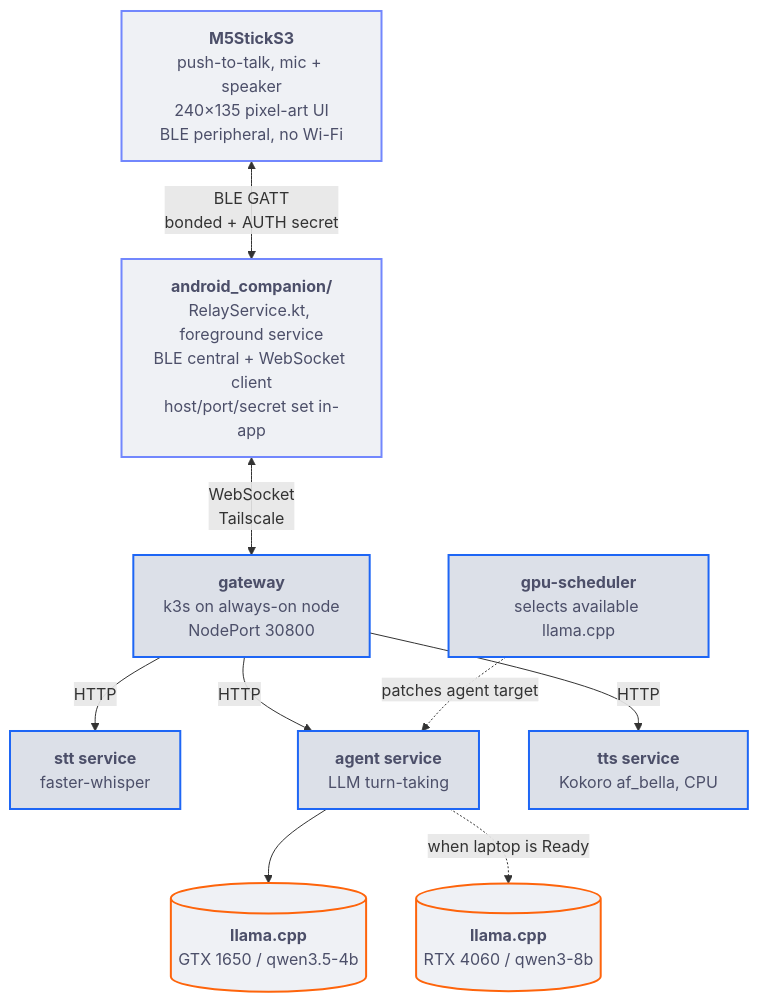
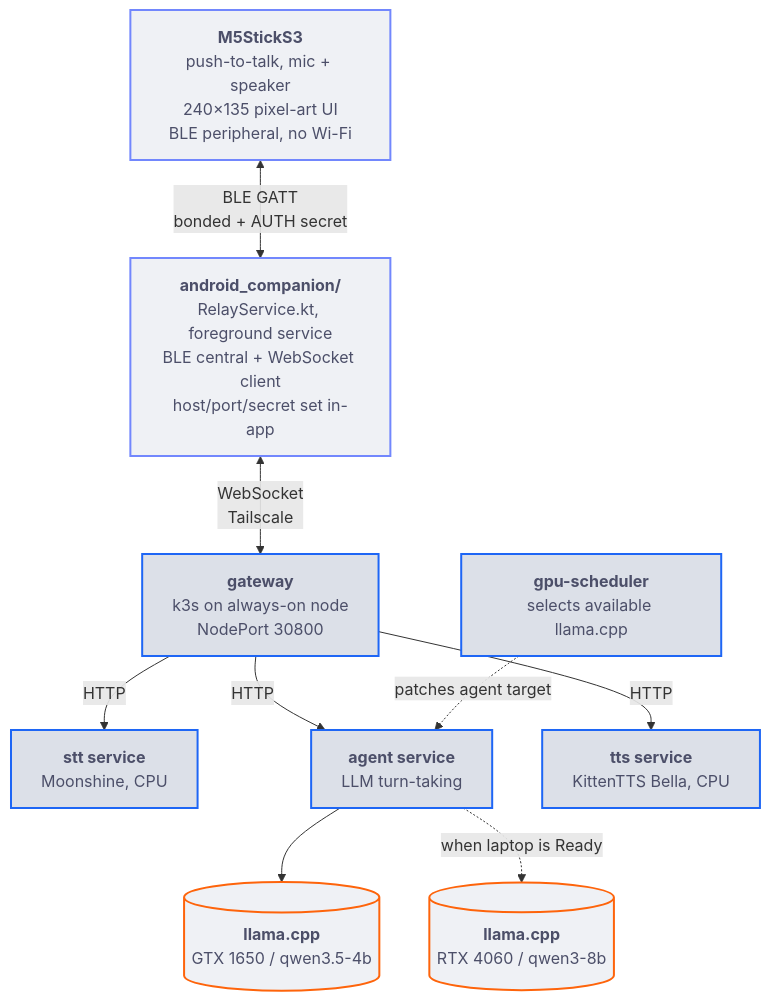
The first of 4 diagrams in README.md (adixg/ai-companion), drawn with Mermaid before and after one commit. The commit also changed other lines of this file and 8 other files, not shown here.

First line of the commit message:
Deploy moonshine + kitten; real device captures in the README

````diff
--- a/README.md
+++ b/README.md
@@ -64,28 +67,28 @@
 ```mermaid
 flowchart TB
     stick["<b>M5StickS3</b><br>push-to-talk, mic + speaker<br>240×135 pixel-art UI<br>BLE peripheral, no Wi-Fi"]
     relay["<b>android_companion/</b><br>RelayService.kt, foreground service<br>BLE central + WebSocket client<br>host/port/secret set in-app"]
     gateway["<b>gateway</b><br>k3s on always-on node<br>NodePort 30800"]
-    stt["<b>stt service</b><br>faster-whisper"]
+    stt["<b>stt service</b><br>Moonshine, CPU"]
     agent["<b>agent service</b><br>LLM turn-taking"]
-    tts["<b>tts service</b><br>Kokoro af_bella, CPU"]
+    tts["<b>tts service</b><br>KittenTTS Bella, CPU"]
     controller["<b>gpu-scheduler</b><br>selects available llama.cpp"]
     llama1650[("<b>llama.cpp</b><br>GTX 1650 / qwen3.5-4b")]
     llama4060[("<b>llama.cpp</b><br>RTX 4060 / qwen3-8b")]
 
     stick <-->|"BLE GATT<br>bonded + AUTH secret"| relay
     relay <-->|"WebSocket<br>Tailscale"| gateway
     gateway -->|HTTP| stt
     gateway -->|HTTP| agent
     gateway -->|HTTP| tts
     agent --> llama1650
     agent -. "when laptop is Ready" .-> llama4060
     controller -. "patches agent target" .-> agent
 
     classDef device fill:#eff1f5,stroke:#7287fd,stroke-width:2px,color:#4c4f69
     classDef service fill:#dce0e8,stroke:#1e66f5,stroke-width:2px,color:#4c4f69
     classDef worker fill:#eff1f5,stroke:#fe640b,stroke-width:2px,color:#4c4f69
     class stick,relay device
     class gateway,stt,agent,tts,controller service
     class llama1650,llama4060 worker
 ```
````
